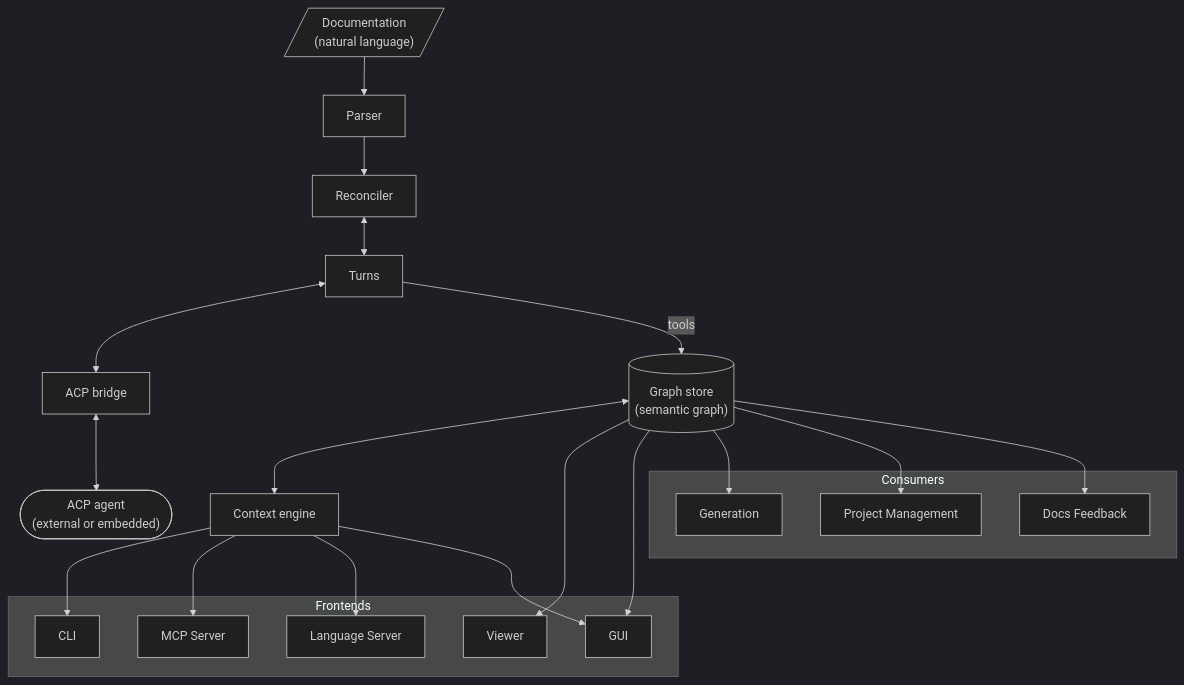
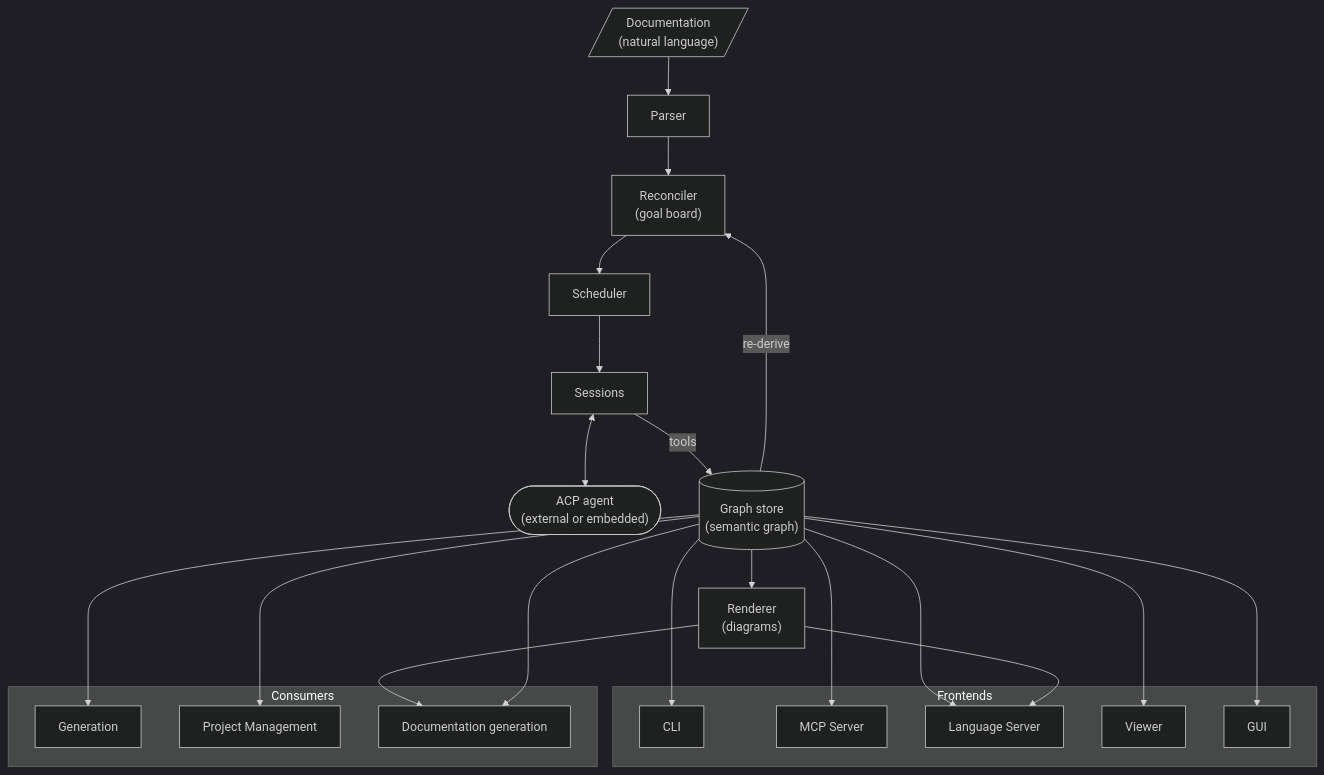
Before and after one commit to JazykOrg/Jazyk: the diagram in docs/main.md, drawn with Mermaid (dark theme). The commit also changed other lines of this file and 125 other files, not shown here.

````diff
--- a/docs/main.md
+++ b/docs/main.md
@@ -62,42 +79,44 @@
 ```mermaid
 graph TD;
   Docs[/"Documentation<br/>(natural language)"/];
   Parser["Parser"];
-  Reconciler["Reconciler"];
-  Turns["Turns"];
-  ACP["ACP bridge"];
+  Board["Reconciler<br/>(goal board)"];
+  Scheduler["Scheduler"];
+  Sessions["Sessions"];
   Agent(["ACP agent<br/>(external or embedded)"]);
   Store[("Graph store<br/>(semantic graph)")];
-  Context["Context engine"];
+  Renderer["Renderer<br/>(diagrams)"];
 
   subgraph Frontends
     CLI[CLI];
     MCP[MCP Server];
     LSP[Language Server];
     Viewer[Viewer];
     GUI[GUI];
   end
 
   subgraph Consumers
     Gen[Generation];
     PM[Project Management];
-    DocsFeedback[Docs Feedback];
+    Docsgen[Documentation generation];
   end
 
   Docs --> Parser;
-  Parser --> Reconciler;
-  Reconciler <--> Turns;
-  Turns <--> ACP;
-  ACP <--> Agent;
-  Turns -- "tools" --> Store;
-  Store <--> Context;
-  Context --> CLI;
-  Context --> MCP;
-  Context --> LSP;
-  Context --> GUI;
+  Parser --> Board;
+  Board --> Scheduler;
+  Scheduler --> Sessions;
+  Sessions <--> Agent;
+  Sessions -- "tools" --> Store;
+  Store -- "re-derive" --> Board;
+  Store --> Renderer;
+  Store --> CLI;
+  Store --> MCP;
+  Store --> LSP;
   Store --> Viewer;
   Store --> GUI;
+  Renderer --> LSP;
+  Renderer --> Docsgen;
   Store --> Gen;
   Store --> PM;
-  Store --> DocsFeedback;
+  Store --> Docsgen;
 ```
````
